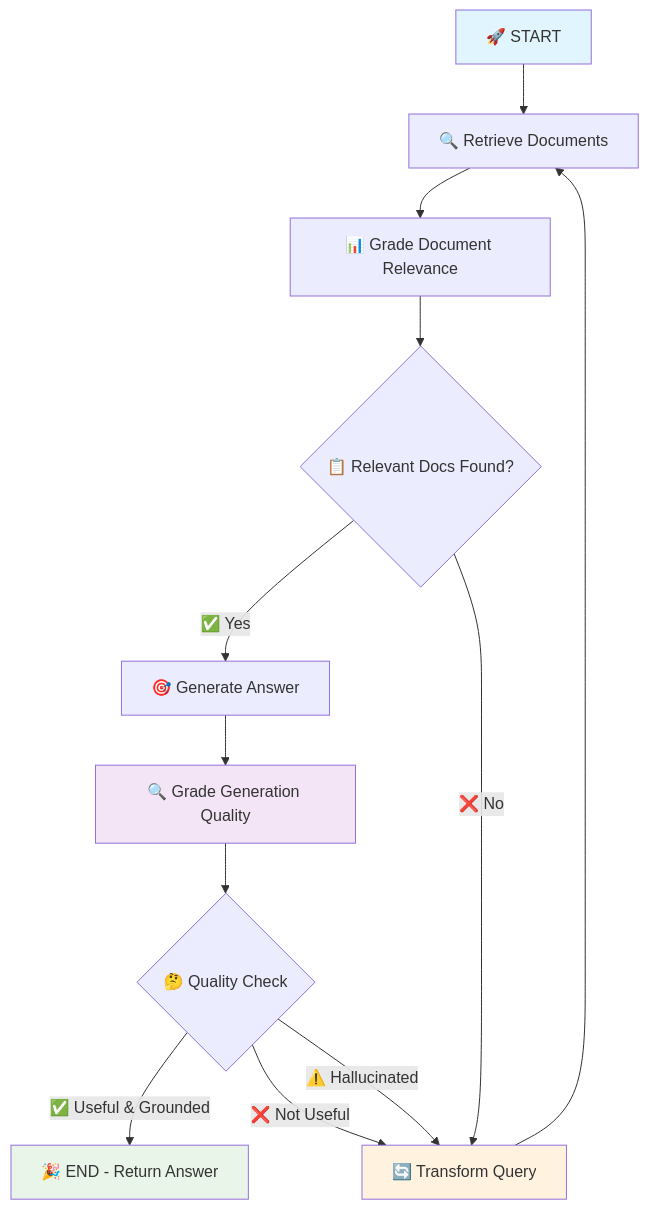
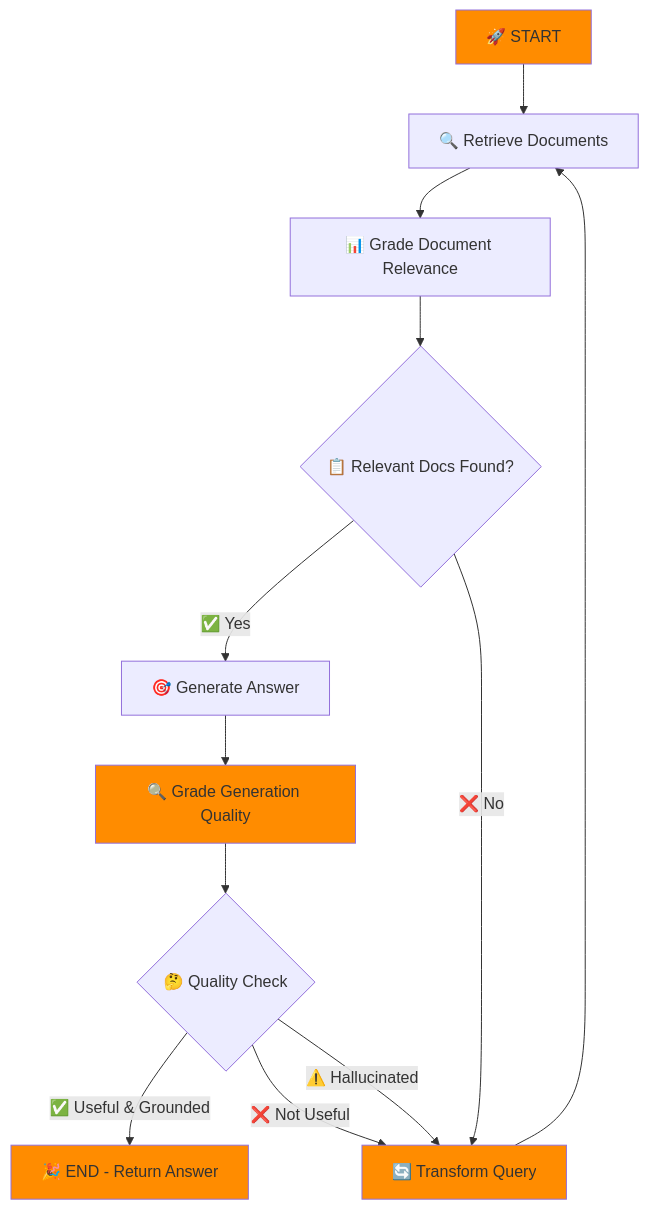
One commit to bsasidharan15/self-rag-groq-chatbot changed the diagram in README.md. Above: the diagram before and after it, drawn with Mermaid. The commit also changed other lines of this file, not shown here.

````diff
--- a/README.md
+++ b/README.md
@@ -43,23 +43,23 @@
 ```mermaid
 graph TD
     A[🚀 START] --> B[🔍 Retrieve Documents]
     B --> C[📊 Grade Document Relevance]
     C --> D{📋 Relevant Docs Found?}
     
     D -->|✅ Yes| E[🎯 Generate Answer]
     D -->|❌ No| F[🔄 Transform Query]
     
     F --> B
     
     E --> G[🔍 Grade Generation Quality]
     G --> H{🤔 Quality Check}
     
     H -->|✅ Useful & Grounded| I[🎉 END - Return Answer]
     H -->|❌ Not Useful| F
     H -->|⚠️ Hallucinated| F
     
-    style A fill:#e1f5fe
-    style I fill:#e8f5e8
-    style F fill:#fff3e0
-    style G fill:#f3e5f5
+    style A fill:#ff8c00
+    style I fill:#ff8c00
+    style F fill:#ff8c00
+    style G fill:#ff8c00
 ```
````
